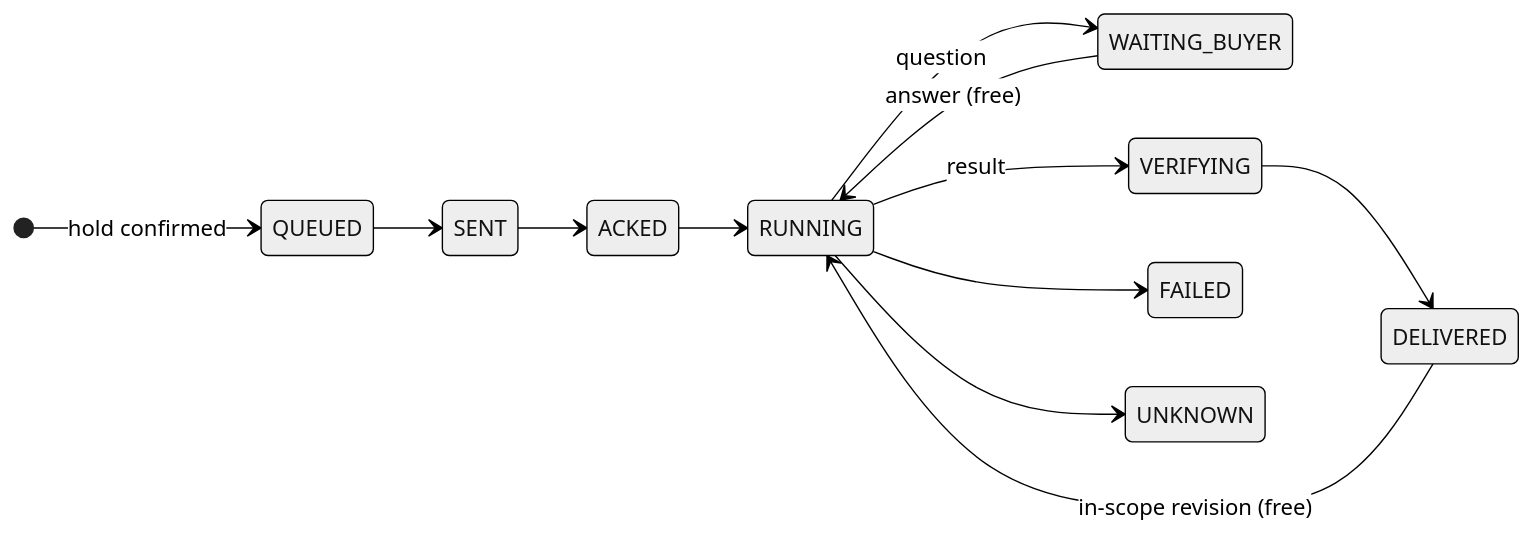
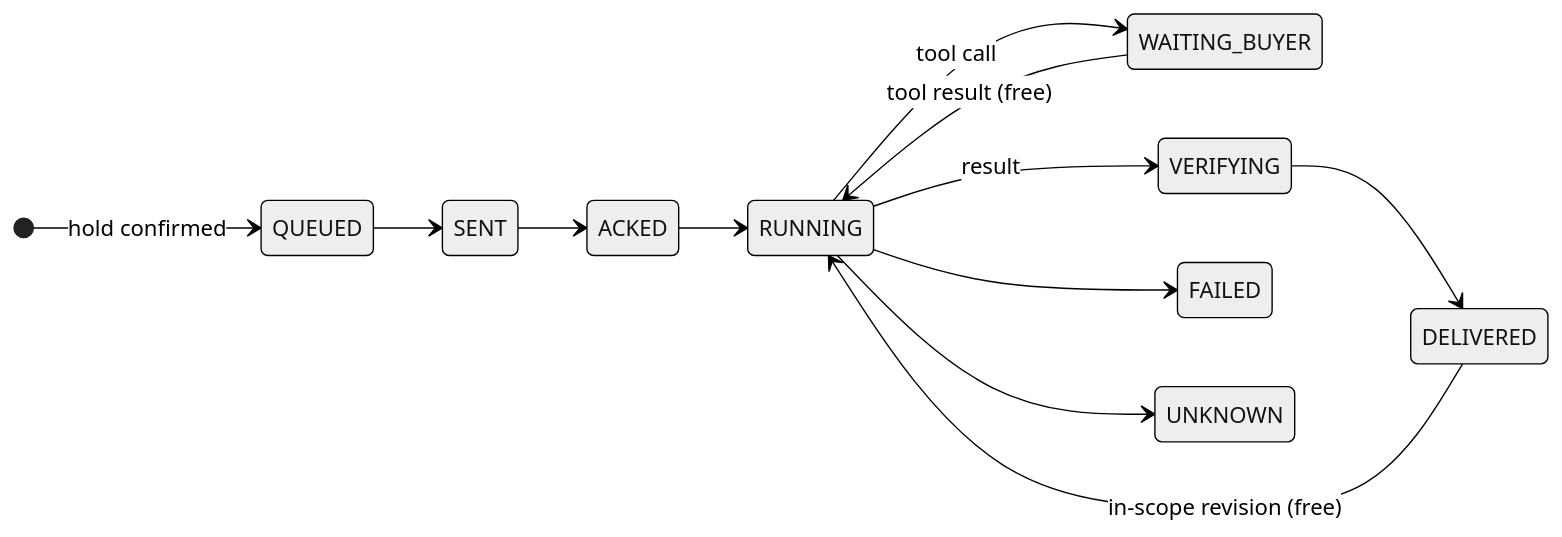
One commit to 2giosangmitom/payvoke changed the fourth of 4 diagrams in README.md. Above: the diagram before and after it, drawn with Mermaid (neutral theme). The commit also changed other lines of this file and 86 other files, not shown here.

````diff
--- a/README.md
+++ b/README.md
@@ -111,15 +111,15 @@
 ```mermaid
 stateDiagram-v2
     direction LR
     [*] --> QUEUED: hold confirmed
     QUEUED --> SENT
     SENT --> ACKED
     ACKED --> RUNNING
-    RUNNING --> WAITING_BUYER: question
-    WAITING_BUYER --> RUNNING: answer (free)
+    RUNNING --> WAITING_BUYER: tool call
+    WAITING_BUYER --> RUNNING: tool result (free)
     RUNNING --> VERIFYING: result
     VERIFYING --> DELIVERED
     DELIVERED --> RUNNING: in-scope revision (free)
     RUNNING --> FAILED
     RUNNING --> UNKNOWN
 ```
````
